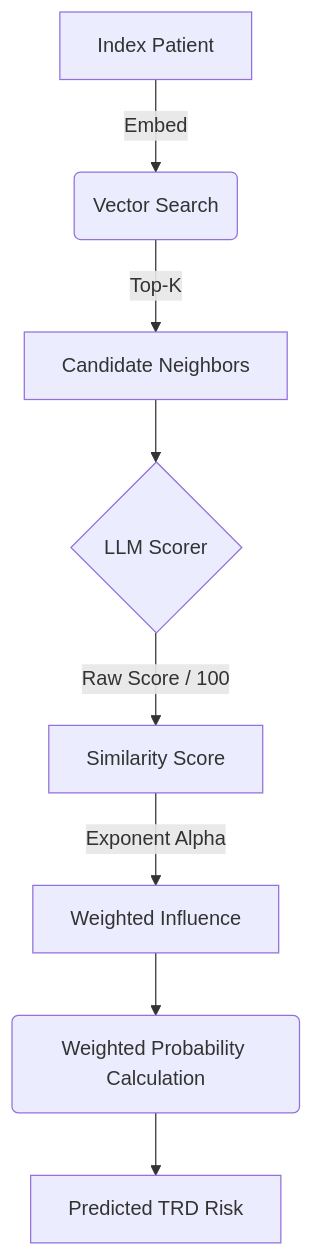
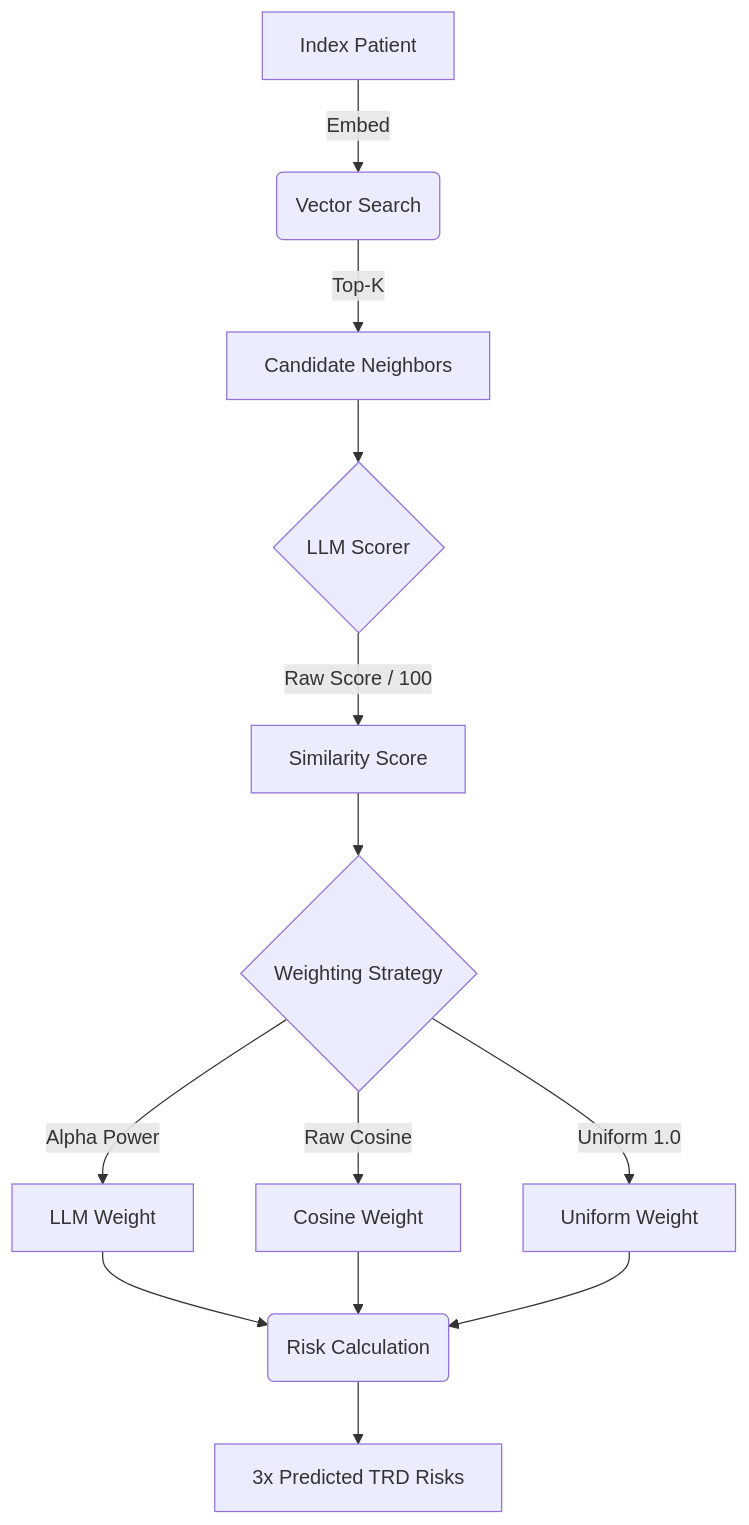
One commit to Pirate-Hunter-Zoro/Atlas changed the second of 2 diagrams in research/TRD-EHR/README.md. Above: the diagram before and after it, drawn with Mermaid. The commit also changed other lines of this file, not shown here.

````diff
--- a/research/TRD-EHR/README.md
+++ b/research/TRD-EHR/README.md
@@ -70,11 +71,16 @@
 ```mermaid
 graph TD
     A[Index Patient] -->|Embed| B(Vector Search)
     B -->|Top-K| C[Candidate Neighbors]
     C --> D{LLM Scorer}
     D -->|Raw Score / 100| E[Similarity Score]
-    E -->|Exponent Alpha| F[Weighted Influence]
-    F --> G(Weighted Probability Calculation)
-    G --> H[Predicted TRD Risk]
+    E --> F{Weighting Strategy}
+    F -->|Alpha Power| G[LLM Weight]
+    F -->|Raw Cosine| H[Cosine Weight]
+    F -->|Uniform 1.0| I[Uniform Weight]
+    G --> J(Risk Calculation)
+    H --> J
+    I --> J
+    J --> K[3x Predicted TRD Risks]
 
 ```
````
